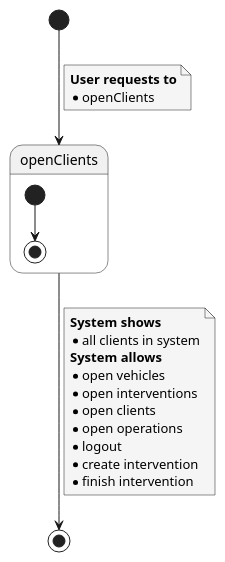
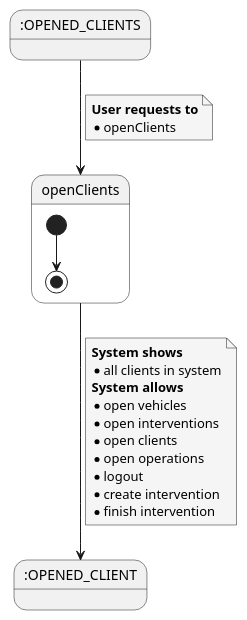
One commit to Ruskab/agrimManager changed the diagram in documentation/1requiremets/usecases_specification/puml/openClients.puml. Above: the diagram before and after it, drawn with PlantUML. The commit also changed 13 other files, not shown here.

```diff
--- a/documentation/1requiremets/usecases_specification/puml/openClients.puml
+++ b/documentation/1requiremets/usecases_specification/puml/openClients.puml
@@ -1,33 +1,33 @@
 @startuml
 skinparam {
         NoteBackgroundColor #whiteSmoke
 }
 
-[*] --> openClients
+state startState as ":OPENED_CLIENTS"
+state endState as ":OPENED_CLIENT"
+
+startState --> openClients
 note on link
 <b>User requests to</b>
 * openClients
 end note
 
 state openClients {
-
 [*] --> [*]
-
-
 }
 
-openClients --> [*]
+openClients --> endState
 note on link
 <b>System shows
 * all clients in system
 <b>System allows
 * open vehicles
 * open interventions
 * open clients
 * open operations
 * logout
 * create intervention
 * finish intervention
 end note
 
 @enduml
```
